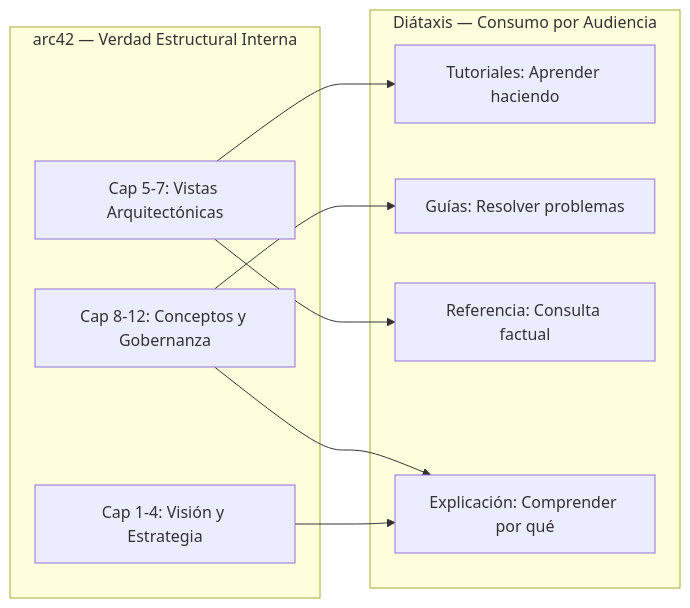
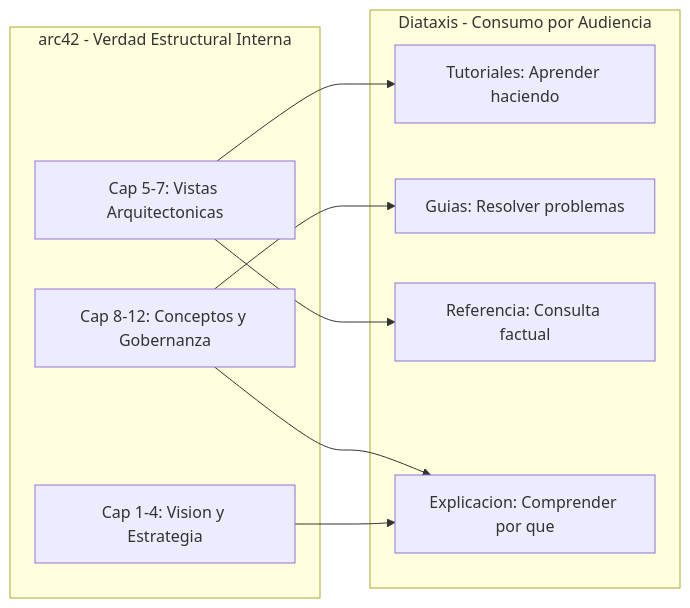
Before and after one commit to EdwinDragusin/agent-core-skills: the diagram in skills/docs-governance-mastery/references/principios-fundamentales.md, drawn with Mermaid. The commit also changed other lines of this file and 89 other files, not shown here.

````diff
--- a/skills/docs-governance-mastery/references/principios-fundamentales.md
+++ b/skills/docs-governance-mastery/references/principios-fundamentales.md
@@ -9,19 +9,19 @@
 ```mermaid
 graph LR
-    subgraph "arc42 — Verdad Estructural Interna"
-        A1["Cap 1-4: Visión y Estrategia"]
-        A2["Cap 5-7: Vistas Arquitectónicas"]
+    subgraph "arc42 - Verdad Estructural Interna"
+        A1["Cap 1-4: Vision y Estrategia"]
+        A2["Cap 5-7: Vistas Arquitectonicas"]
         A3["Cap 8-12: Conceptos y Gobernanza"]
     end
-    subgraph "Diátaxis — Consumo por Audiencia"
+    subgraph "Diataxis - Consumo por Audiencia"
         D1["Tutoriales: Aprender haciendo"]
-        D2["Guías: Resolver problemas"]
+        D2["Guias: Resolver problemas"]
         D3["Referencia: Consulta factual"]
-        D4["Explicación: Comprender por qué"]
+        D4["Explicacion: Comprender por que"]
     end
     A1 --> D4
     A2 --> D3
     A2 --> D1
     A3 --> D4
     A3 --> D2
 ```
````
